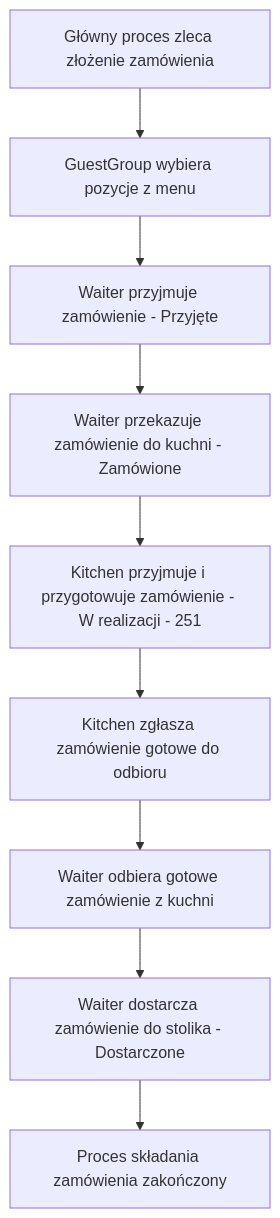
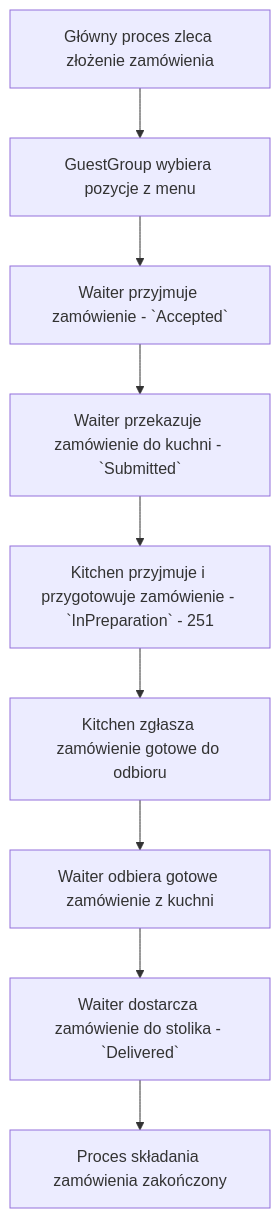
Before and after one commit to mmalessa/pizzeria: the diagram in doc/213_ordering.md, drawn with Mermaid. The commit also changed other lines of this file and 16 other files, not shown here.

````diff
--- a/doc/213_ordering.md
+++ b/doc/213_ordering.md
@@ -37,13 +37,13 @@
 ```mermaid
 flowchart TD
 
 A[Główny proces zleca złożenie zamówienia]
 --> B[GuestGroup wybiera pozycje z menu]
---> C[Waiter przyjmuje zamówienie - Przyjęte]
---> D[Waiter przekazuje zamówienie do kuchni - Zamówione]
---> E[Kitchen przyjmuje i przygotowuje zamówienie - W realizacji - 251]
+--> C[Waiter przyjmuje zamówienie - `Accepted`]
+--> D[Waiter przekazuje zamówienie do kuchni - `Submitted`]
+--> E[Kitchen przyjmuje i przygotowuje zamówienie - `InPreparation` - 251]
 --> F[Kitchen zgłasza zamówienie gotowe do odbioru]
 --> G[Waiter odbiera gotowe zamówienie z kuchni]
---> H[Waiter dostarcza zamówienie do stolika - Dostarczone]
+--> H[Waiter dostarcza zamówienie do stolika - `Delivered`]
 --> I[Proces składania zamówienia zakończony]
 ```
````
